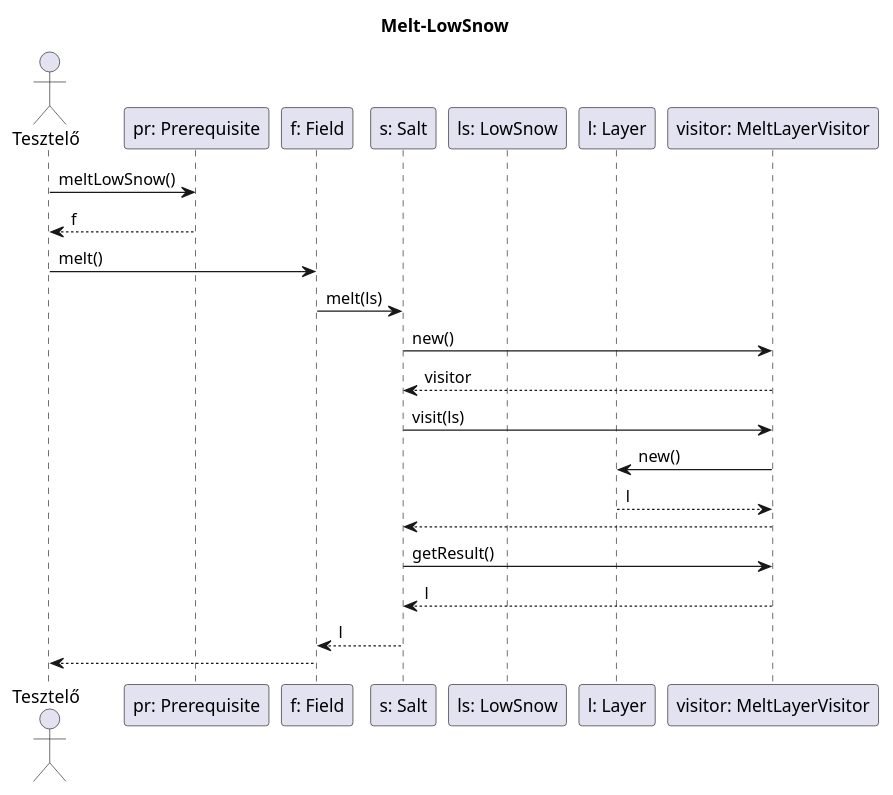
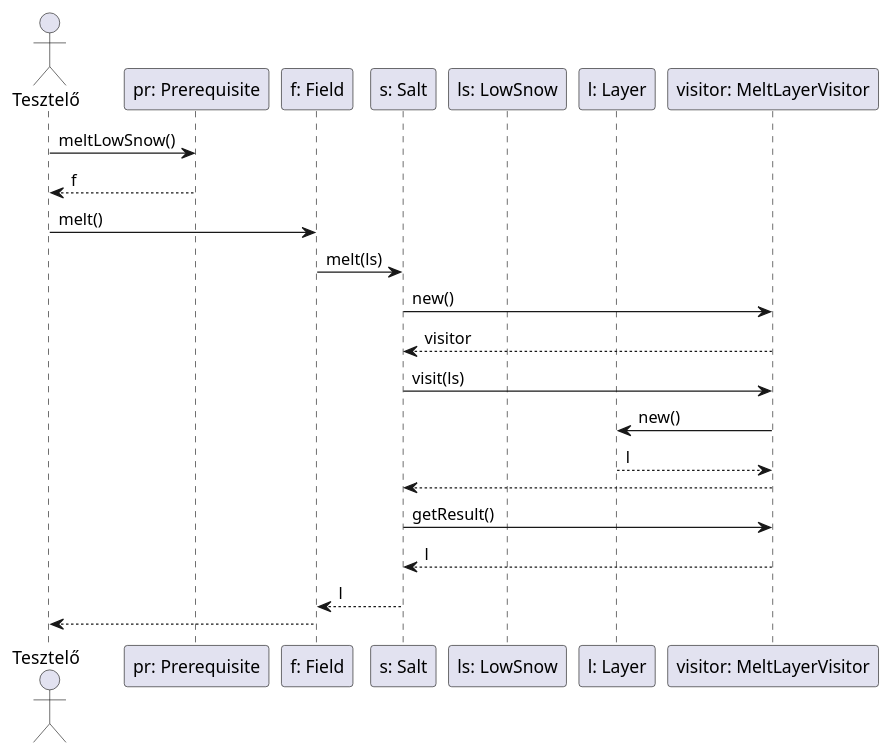
Before and after one commit to uhrinandor/spring: the diagram in docs/skeleton/layermelt/meltlowsnow.plantuml, drawn with PlantUML. The commit also changed 8 other files, not shown here.

```diff
--- a/docs/skeleton/layermelt/meltlowsnow.plantuml
+++ b/docs/skeleton/layermelt/meltlowsnow.plantuml
@@ -1,29 +1,27 @@
 @startuml
-title Melt-LowSnow
-
 actor "Tesztelő" as tester
 participant "pr: Prerequisite" as preq
 participant "f: Field" as field
 participant "s: Salt" as salt
 participant "ls: LowSnow" as layer
 participant "l: Layer" as result
 participant "visitor: MeltLayerVisitor" as visitor
 
 tester -> preq: meltLowSnow()
 preq --> tester: f
 tester -> field: melt()
 
 field -> salt: melt(ls)
 
 salt -> visitor: new()
 visitor --> salt: visitor
 salt -> visitor: visit(ls)
 visitor -> result: new()
 result --> visitor: l
 visitor --> salt:
 salt -> visitor: getResult()
 visitor --> salt: l
 salt --> field: l
 
 field --> tester:
 @enduml
```
